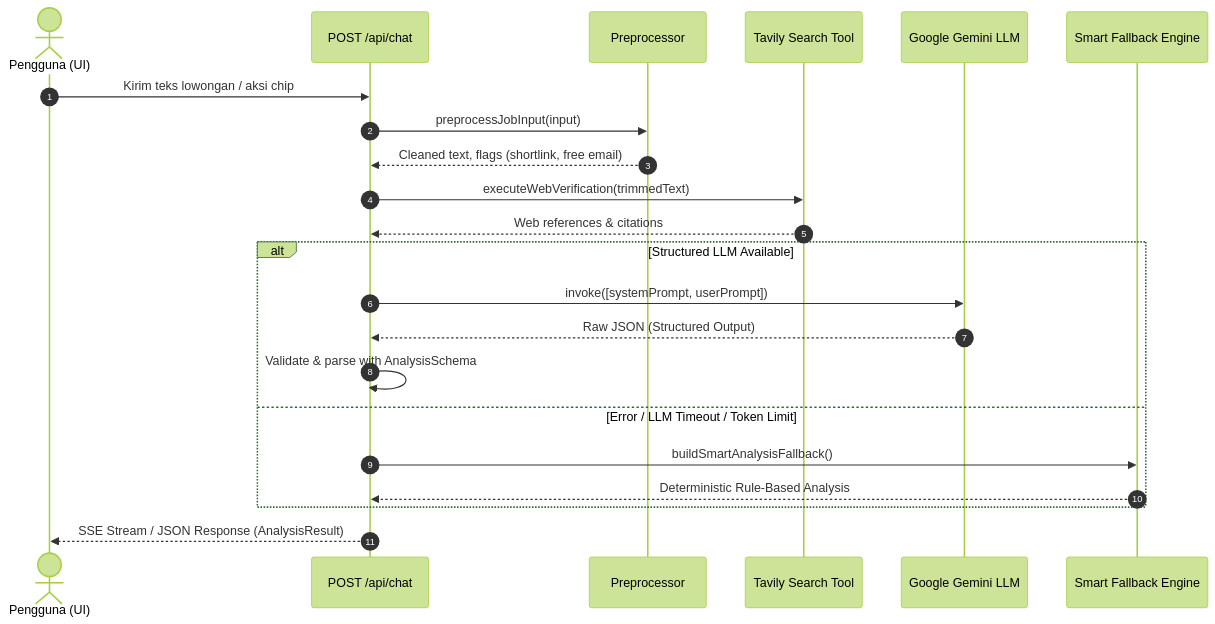
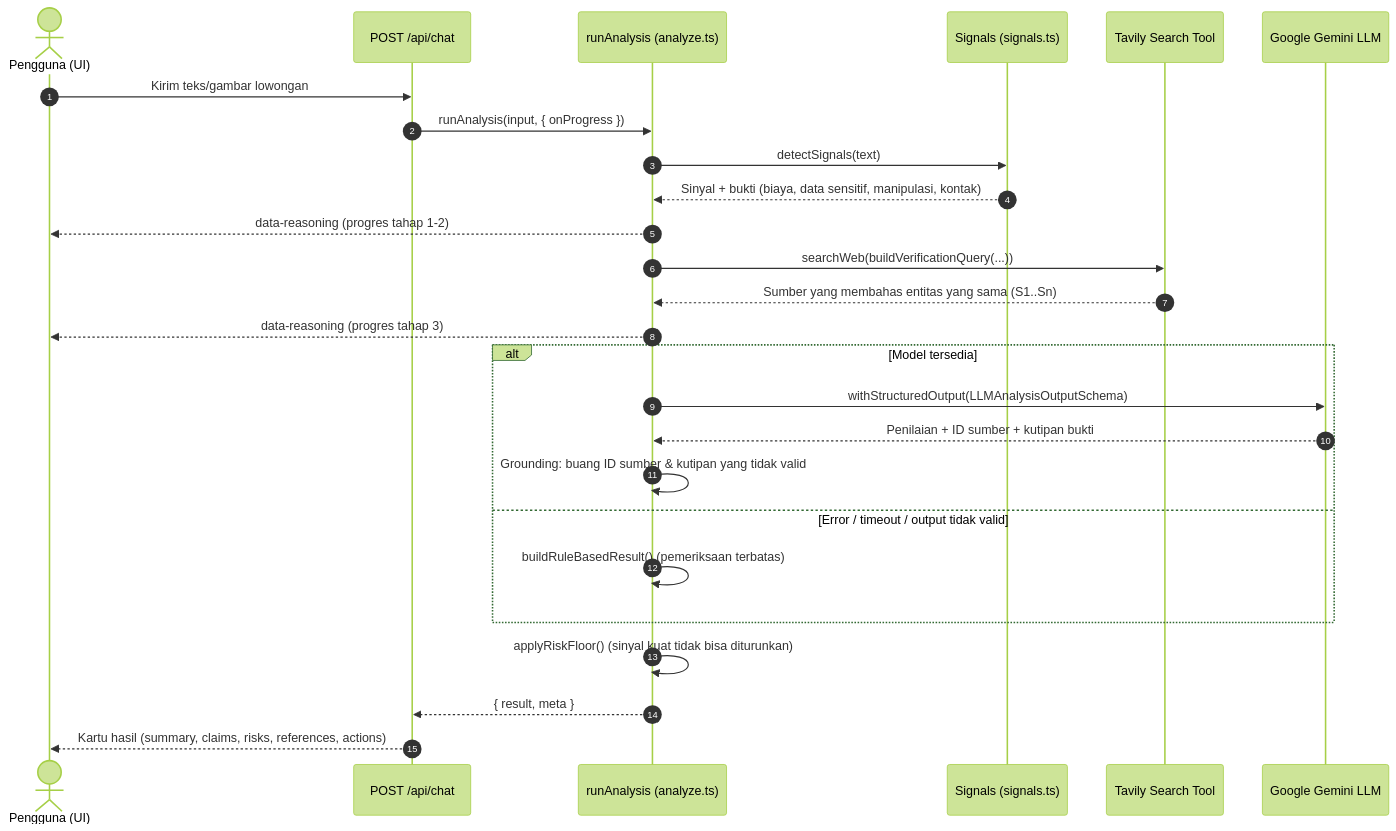
One commit to afifalhauzan/fact-checker changed the diagram in docs/wiki/ai/02-PROCESS-WORKFLOW.md. Above: the diagram before and after it, drawn with Mermaid (forest theme). The commit also changed other lines of this file and 3 other files, not shown here.

````diff
--- a/docs/wiki/ai/02-PROCESS-WORKFLOW.md
+++ b/docs/wiki/ai/02-PROCESS-WORKFLOW.md
@@ -9,28 +9,32 @@
 ```mermaid
 sequenceDiagram
     autonumber
     actor User as Pengguna (UI)
     participant Route as POST /api/chat
-    participant Pre as Preprocessor
+    participant Engine as runAnalysis (analyze.ts)
+    participant Rules as Signals (signals.ts)
     participant Tavily as Tavily Search Tool
     participant LLM as Google Gemini LLM
-    participant Fallback as Smart Fallback Engine
 
-    User->>Route: Kirim teks lowongan / aksi chip
-    Route->>Pre: preprocessJobInput(input)
-    Pre-->>Route: Cleaned text, flags (shortlink, free email)
-    
-    Route->>Tavily: executeWebVerification(trimmedText)
-    Tavily-->>Route: Web references & citations
+    User->>Route: Kirim teks/gambar lowongan
+    Route->>Engine: runAnalysis(input, { onProgress })
+    Engine->>Rules: detectSignals(text)
+    Rules-->>Engine: Sinyal + bukti (biaya, data sensitif, manipulasi, kontak)
+    Engine-->>User: data-reasoning (progres tahap 1-2)
 
-    alt Structured LLM Available
-        Route->>LLM: invoke([systemPrompt, userPrompt])
-        LLM-->>Route: Raw JSON (Structured Output)
-        Route->>Route: Validate & parse with AnalysisSchema
-    else Error / LLM Timeout / Token Limit
-        Route->>Fallback: buildSmartAnalysisFallback()
-        Fallback-->>Route: Deterministic Rule-Based Analysis
+    Engine->>Tavily: searchWeb(buildVerificationQuery(...))
+    Tavily-->>Engine: Sumber yang membahas entitas yang sama (S1..Sn)
+    Engine-->>User: data-reasoning (progres tahap 3)
+
+    alt Model tersedia
+        Engine->>LLM: withStructuredOutput(LLMAnalysisOutputSchema)
+        LLM-->>Engine: Penilaian + ID sumber + kutipan bukti
+        Engine->>Engine: Grounding: buang ID sumber & kutipan yang tidak valid
+    else Error / timeout / output tidak valid
+        Engine->>Engine: buildRuleBasedResult() (pemeriksaan terbatas)
     end
 
-    Route-->>User: SSE Stream / JSON Response (AnalysisResult)
+    Engine->>Engine: applyRiskFloor() (sinyal kuat tidak bisa diturunkan)
+    Engine-->>Route: { result, meta }
+    Route-->>User: Kartu hasil (summary, claims, risks, references, actions)
 ```
````
